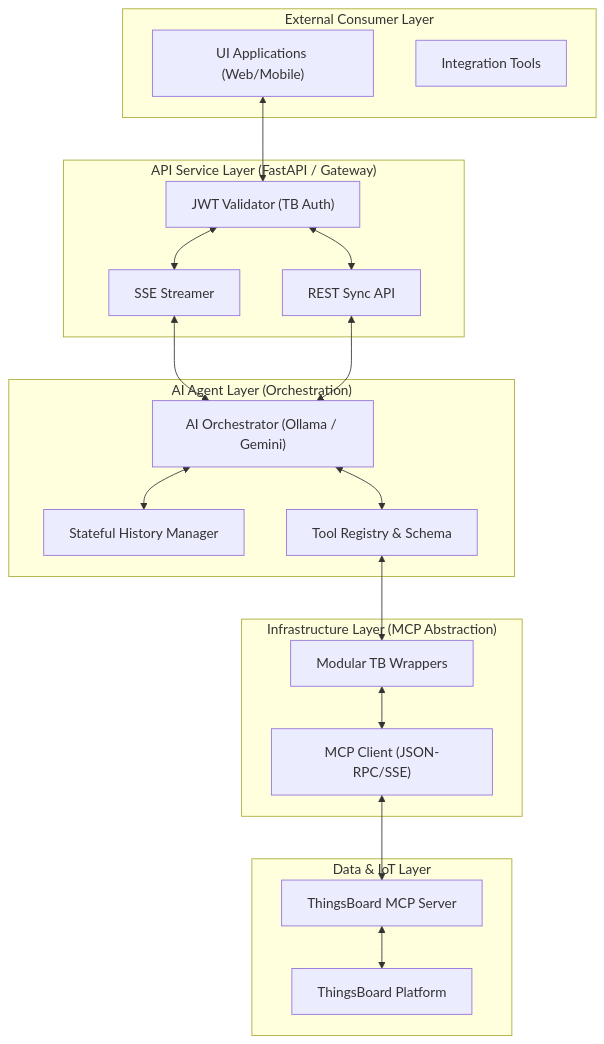
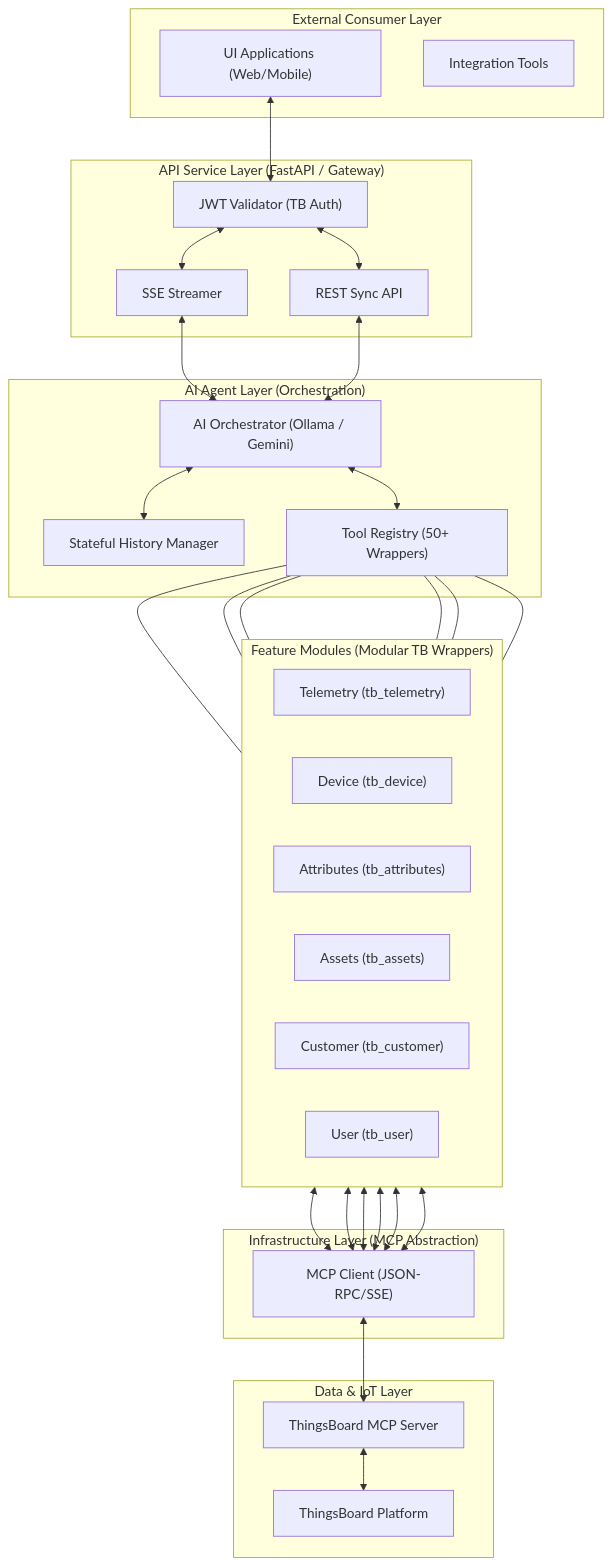
One commit to Poojashri0301/ollama-thingsboard-agent changed the first of 3 diagrams in README.md. Above: the diagram before and after it, drawn with Mermaid. The commit also changed other lines of this file and 6 other files, not shown here.

````diff
--- a/README.md
+++ b/README.md
@@ -17,41 +17,57 @@
 ```mermaid
 graph TB
     subgraph "External Consumer Layer"
         UI["UI Applications (Web/Mobile)"]
         Postman["Integration Tools"]
     end
 
     subgraph "API Service Layer (FastAPI / Gateway)"
         Auth["JWT Validator (TB Auth)"]
         SSE["SSE Streamer"]
         SyncAPI["REST Sync API"]
     end
 
     subgraph "AI Agent Layer (Orchestration)"
         Agent["AI Orchestrator (Ollama / Gemini)"]
         History["Stateful History Manager"]
-        ToolRegistry["Tool Registry & Schema"]
+        ToolRegistry["Tool Registry (50+ Wrappers)"]
+    end
+
+    subgraph "Feature Modules (Modular TB Wrappers)"
+        direction LR
+        TM["Telemetry (tb_telemetry)"]
+        DV["Device (tb_device)"]
+        AT["Attributes (tb_attributes)"]
+        AS["Assets (tb_assets)"]
+        CU["Customer (tb_customer)"]
+        US["User (tb_user)"]
     end
 
     subgraph "Infrastructure Layer (MCP Abstraction)"
         MCP_Client["MCP Client (JSON-RPC/SSE)"]
-        TB_Modules["Modular TB Wrappers"]
     end
 
     subgraph "Data & IoT Layer"
         MCP_Server["ThingsBoard MCP Server"]
         TB_Platform["ThingsBoard Platform"]
     end
 
     UI <--> Auth
     Auth <--> SSE
     Auth <--> SyncAPI
     SSE <--> Agent
     SyncAPI <--> Agent
     Agent <--> ToolRegistry
     Agent <--> History
-    ToolRegistry <--> TB_Modules
-    TB_Modules <--> MCP_Client
+    
+    ToolRegistry --- TM
+    ToolRegistry --- DV
+    ToolRegistry --- AT
+    ToolRegistry --- AS
+    ToolRegistry --- CU
+    ToolRegistry --- US
+
+    TM & DV & AT & AS & CU & US <--> MCP_Client
     MCP_Client <--> MCP_Server
     MCP_Server <--> TB_Platform
 ```
````
